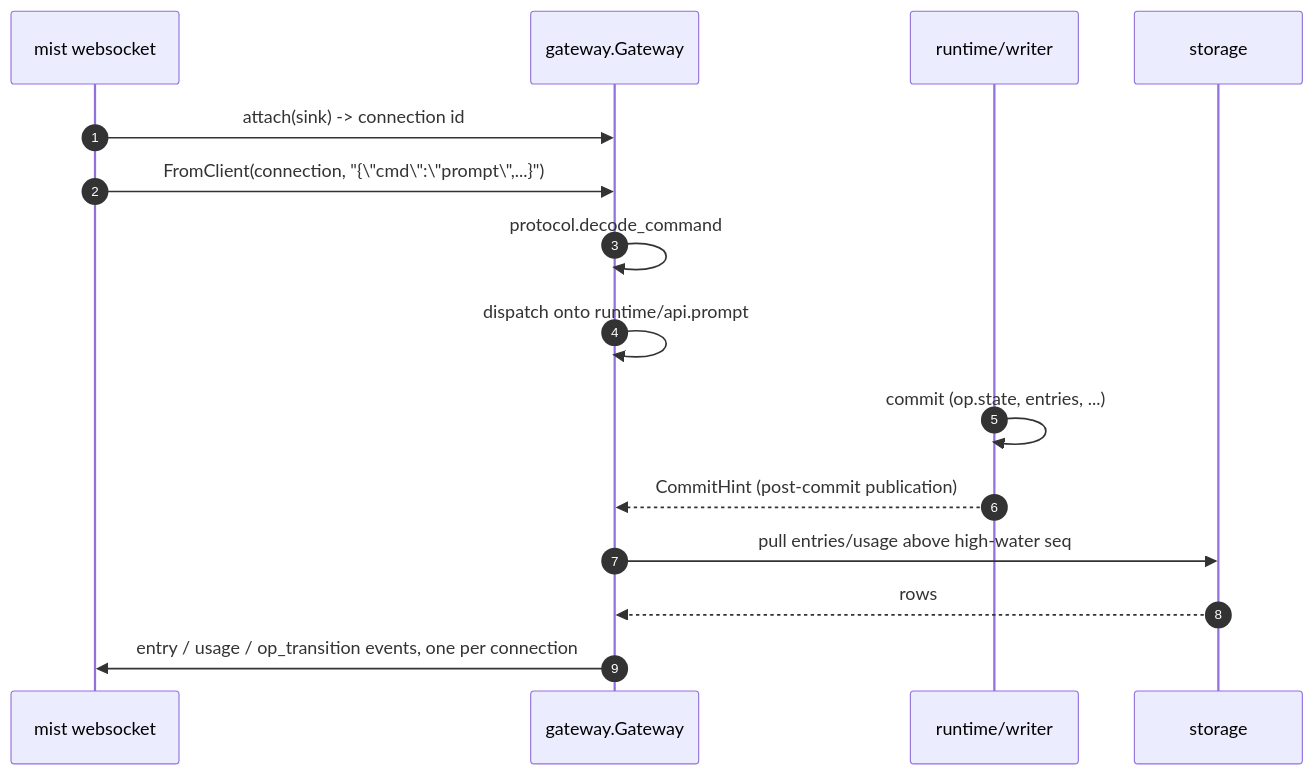
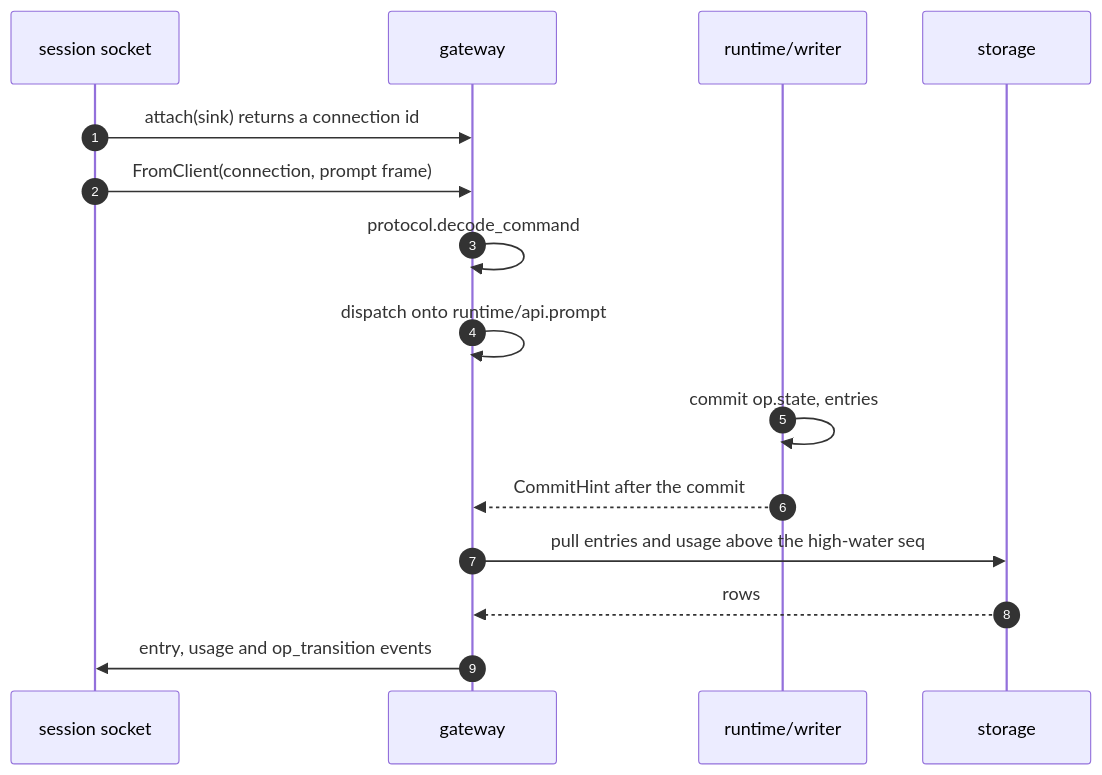
The second of 3 diagrams in packages/client/README.md (Roasbeef/loom), drawn with Mermaid before and after one commit. The commit also changed other lines of this file, not shown here.

First line of the commit message:
client: rewrite the README around the single daemon

````diff
--- a/packages/client/README.md
+++ b/packages/client/README.md
@@ -24,18 +69,18 @@
 ```mermaid
 sequenceDiagram
     autonumber
-    participant Sock as mist websocket
-    participant G as gateway.Gateway
+    participant Sock as session socket
+    participant G as gateway
     participant W as runtime/writer
     participant S as storage
 
-    Sock->>G: attach(sink) -> connection id
-    Sock->>G: FromClient(connection, "{\"cmd\":\"prompt\",...}")
+    Sock->>G: attach(sink) returns a connection id
+    Sock->>G: FromClient(connection, prompt frame)
     G->>G: protocol.decode_command
     G->>G: dispatch onto runtime/api.prompt
-    W->>W: commit (op.state, entries, ...)
-    W-->>G: CommitHint (post-commit publication)
-    G->>S: pull entries/usage above high-water seq
+    W->>W: commit op.state, entries
+    W-->>G: CommitHint after the commit
+    G->>S: pull entries and usage above the high-water seq
     S-->>G: rows
-    G->>Sock: entry / usage / op_transition events, one per connection
+    G->>Sock: entry, usage and op_transition events
 ```
````
